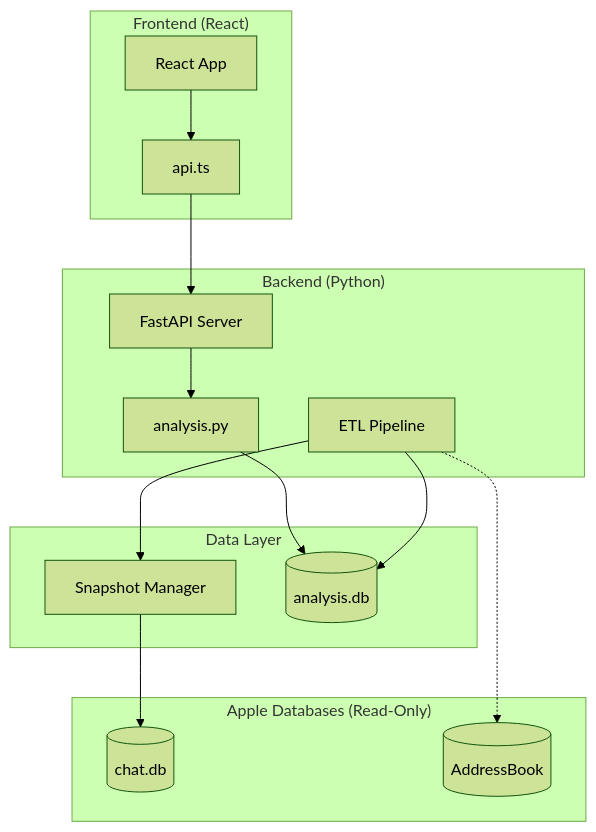
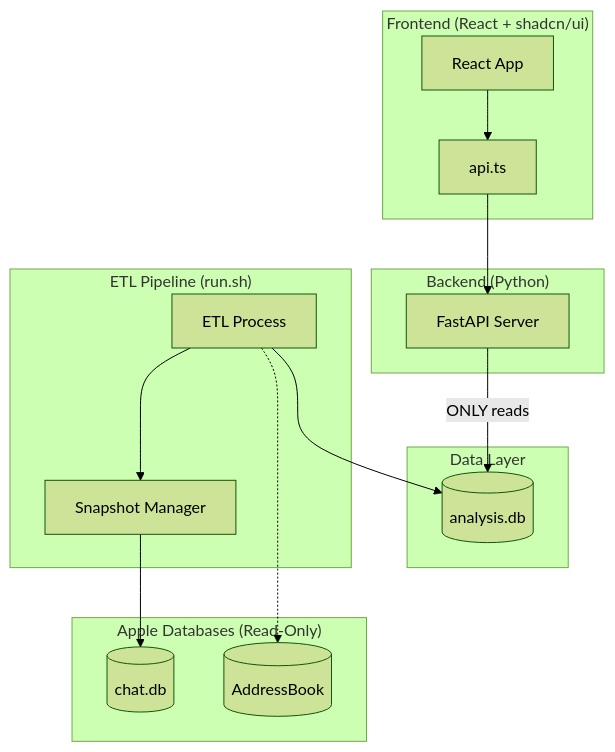
Before and after one commit to pieteradejong/imessage-analysis: the first of 5 diagrams in DATA_ARCHITECTURE.md, drawn with Mermaid (forest theme). The commit also changed other lines of this file and 30 other files, not shown here.

First line of the commit message:
Major UI redesign + API security architecture + consolidated run.sh

````diff
--- a/DATA_ARCHITECTURE.md
+++ b/DATA_ARCHITECTURE.md
@@ -14,32 +14,34 @@
 ```mermaid
 graph TB
-    subgraph Frontend["Frontend (React)"]
+    subgraph Frontend["Frontend (React + shadcn/ui)"]
         UI[React App]
         API_Client[api.ts]
     end
     
     subgraph Backend["Backend (Python)"]
         FastAPI[FastAPI Server]
-        Analysis[analysis.py]
-        ETL[ETL Pipeline]
     end
     
     subgraph Data["Data Layer"]
+        AnalysisDB[(analysis.db)]
+    end
+    
+    subgraph ETL["ETL Pipeline (run.sh)"]
         Snapshot[Snapshot Manager]
-        AnalysisDB[(analysis.db)]
+        ETLProcess[ETL Process]
     end
     
     subgraph Apple["Apple Databases (Read-Only)"]
         ChatDB[(chat.db)]
         Contacts[(AddressBook)]
     end
     
     UI --> API_Client
     API_Client --> FastAPI
-    FastAPI --> Analysis
-    Analysis --> AnalysisDB
-    ETL --> Snapshot
+    FastAPI -->|"ONLY reads"| AnalysisDB
+    
+    ETLProcess --> Snapshot
     Snapshot --> ChatDB
-    ETL --> AnalysisDB
-    ETL -.-> Contacts
+    ETLProcess --> AnalysisDB
+    ETLProcess -.-> Contacts
 ```
````
